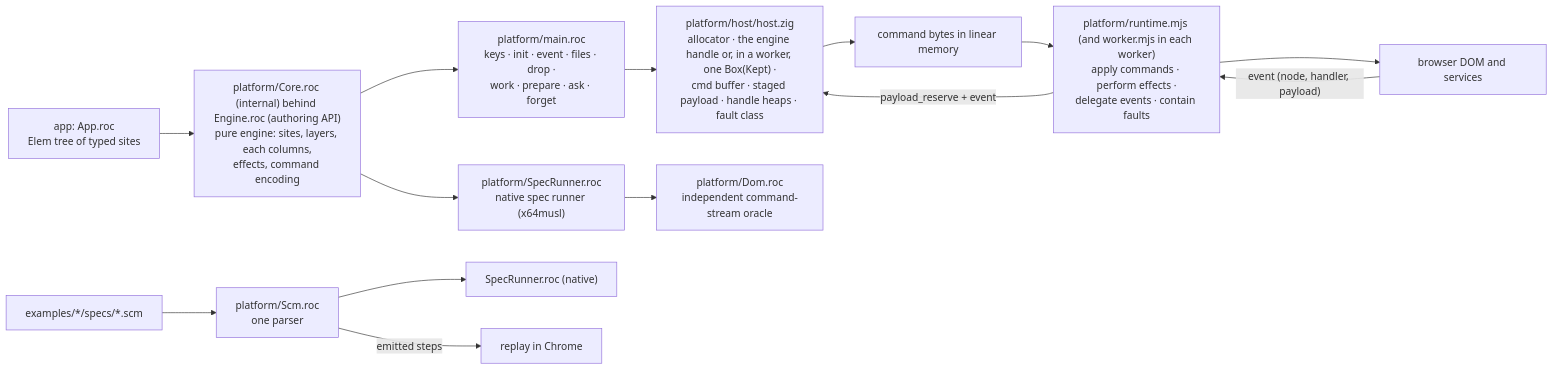
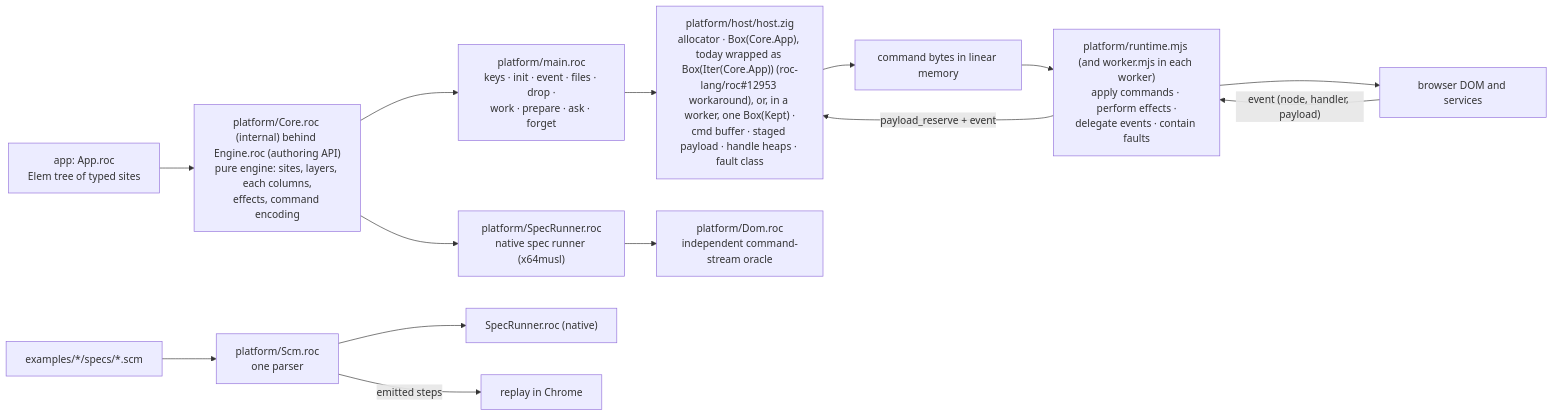
One commit to lukewilliamboswell/roc-signals changed the diagram in design.md. Above: the diagram before and after it, drawn with Mermaid. The commit also changed other lines of this file and 3 other files, not shown here.

First line of the commit message:
Treat the boxed Iter handle as a compiler workaround

````diff
--- a/design.md
+++ b/design.md
@@ -263,17 +263,17 @@
 ```mermaid
 flowchart LR
     App["app: App.roc<br/>Elem tree of typed sites"] --> Engine["platform/Core.roc (internal) behind Engine.roc (authoring API)<br/>pure engine: sites, layers, each columns,<br/>effects, command encoding"]
     Engine --> Main["platform/main.roc<br/>keys · init · event · files · drop ·<br/>work · prepare · ask · forget"]
-    Main --> Host["platform/host/host.zig<br/>allocator · the engine handle or, in a worker, one Box(Kept) ·<br/>cmd buffer · staged payload · handle heaps · fault class"]
+    Main --> Host["platform/host/host.zig<br/>allocator · Box(Core.App), today wrapped as Box(Iter(Core.App)) (roc-lang/roc#12953 workaround), or, in a worker, one Box(Kept) ·<br/>cmd buffer · staged payload · handle heaps · fault class"]
     Host --> Wire["command bytes in linear memory"]
     Wire --> JS["platform/runtime.mjs (and worker.mjs in each worker)<br/>apply commands · perform effects ·<br/>delegate events · contain faults"]
     JS --> DOM["browser DOM and services"]
     DOM -->|"event (node, handler, payload)"| JS
     JS -->|"payload_reserve + event"| Host
 
     Engine --> Test["platform/SpecRunner.roc<br/>native spec runner (x64musl)"]
     Test --> Oracle["platform/Dom.roc<br/>independent command-stream oracle"]
     Scm["examples/*/specs/*.scm"] --> Parser["platform/Scm.roc<br/>one parser"]
     Parser --> Native["SpecRunner.roc (native)"]
     Parser -->|"emitted steps"| Browser["replay in Chrome"]
 ```
````
